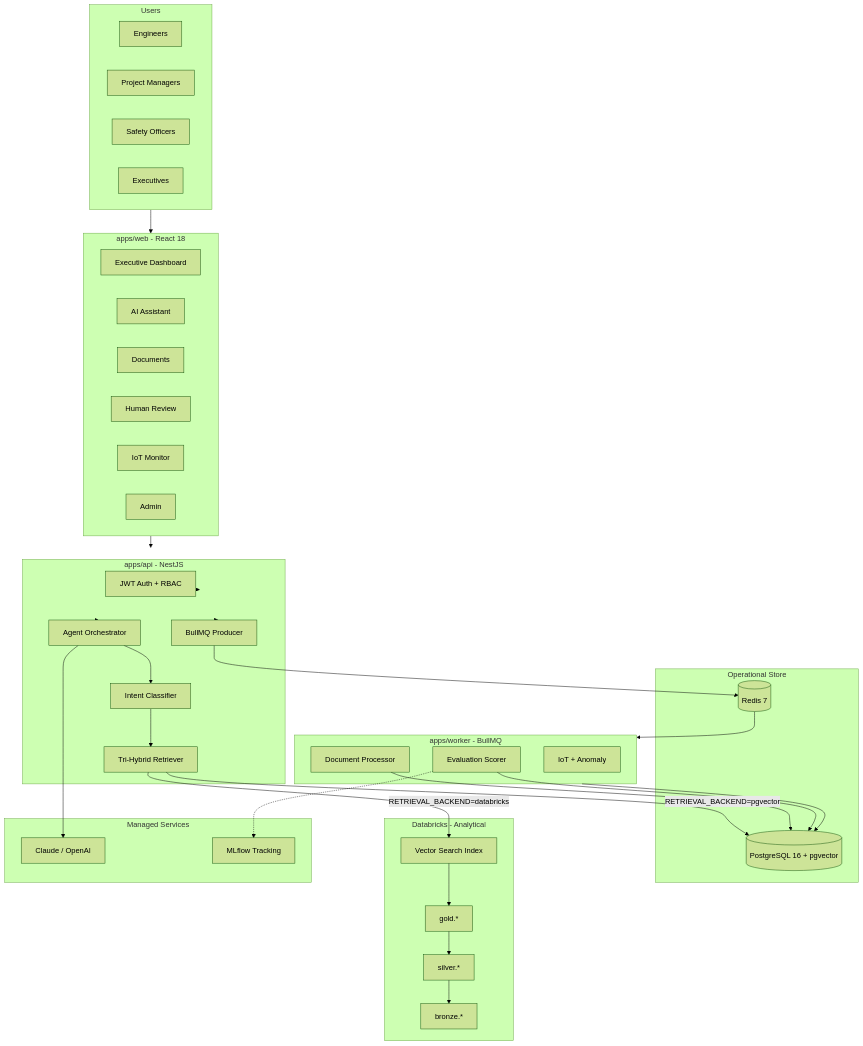
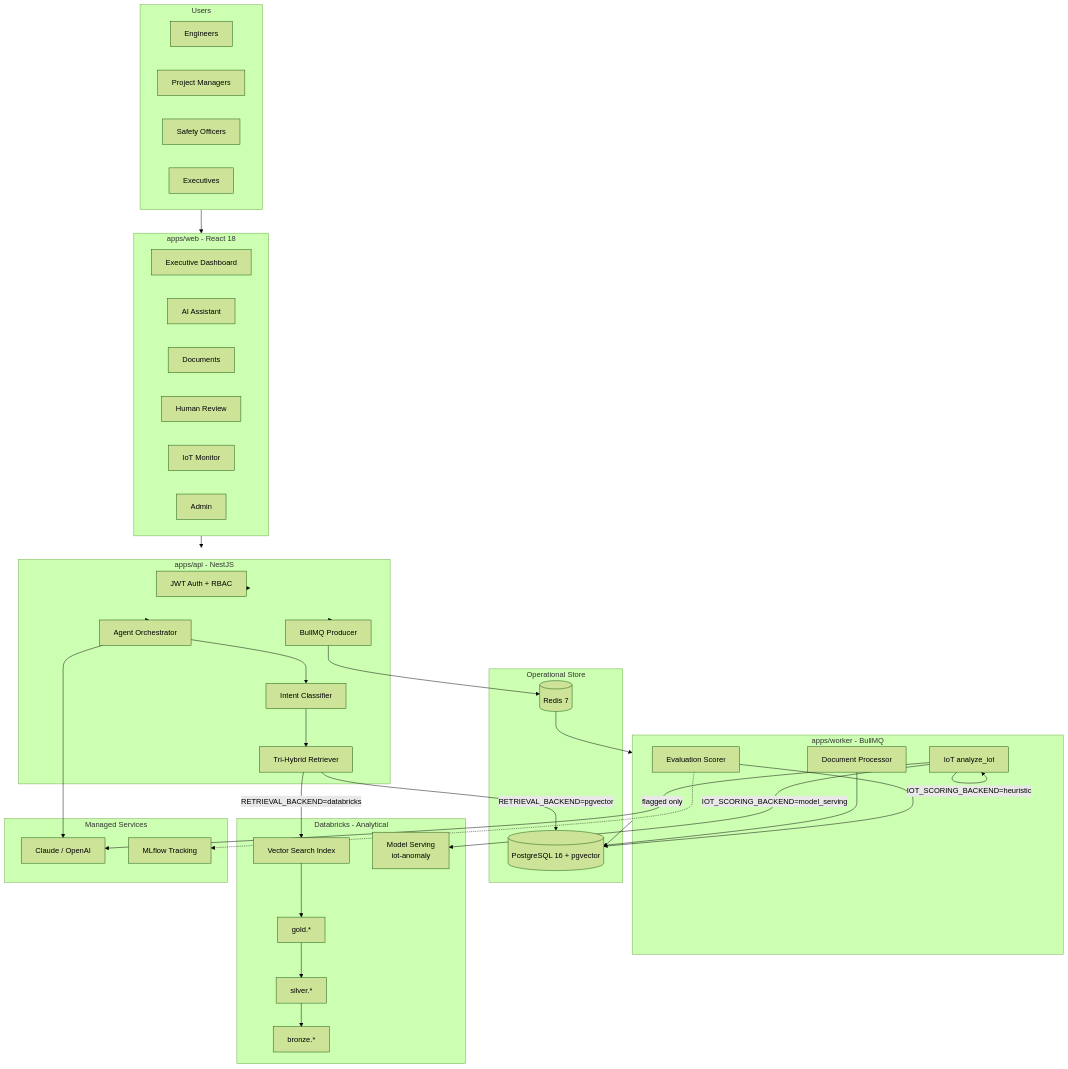
One commit to dtquocbao/InfraOps changed the first of 4 diagrams in docs/architecture.md. Above: the diagram before and after it, drawn with Mermaid (forest theme). The commit also changed other lines of this file and 52 other files, not shown here.

Commit message:
feat: implement two-step IoT anomaly scoring with model serving and LLM explanation

````diff
--- a/docs/architecture.md
+++ b/docs/architecture.md
@@ -9,67 +9,71 @@
 ```mermaid
 flowchart TB
     subgraph Users
         ENG[Engineers]
         PM[Project Managers]
         SAF[Safety Officers]
         EXEC[Executives]
     end
 
     subgraph Frontend["apps/web - React 18"]
         DASH[Executive Dashboard]
         ASST[AI Assistant]
         DOCS[Documents]
         REV[Human Review]
         IOT[IoT Monitor]
         ADM[Admin]
     end
 
     subgraph API["apps/api - NestJS"]
         AUTH[JWT Auth + RBAC]
         AGENT[Agent Orchestrator]
         INTENT[Intent Classifier]
         RET[Tri-Hybrid Retriever]
         QUEUE_PROD[BullMQ Producer]
     end
 
     subgraph Worker["apps/worker - BullMQ"]
         DOC_W[Document Processor]
-        IOT_W[IoT + Anomaly]
+        IOT_W[IoT analyze_iot]
         EVAL_W[Evaluation Scorer]
     end
 
     subgraph DataLocal["Operational Store"]
         PG[(PostgreSQL 16 + pgvector)]
         REDIS[(Redis 7)]
     end
 
     subgraph DataLake["Databricks - Analytical"]
         BRONZE[bronze.*]
         SILVER[silver.*]
         GOLD[gold.*]
         VS[Vector Search Index]
+        MS[Model Serving<br/>iot-anomaly]
     end
 
     subgraph External["Managed Services"]
         LLM[Claude / OpenAI]
         MLF[MLflow Tracking]
     end
 
     Users --> Frontend
     Frontend --> API
     API --> AUTH
     API --> AGENT
     AGENT --> INTENT
     INTENT --> RET
     RET -->|RETRIEVAL_BACKEND=pgvector| PG
     RET -->|RETRIEVAL_BACKEND=databricks| VS
     VS --> GOLD
     GOLD --> SILVER --> BRONZE
     API --> QUEUE_PROD --> REDIS
     REDIS --> Worker
     Worker --> PG
     AGENT --> LLM
     DOC_W --> PG
     EVAL_W --> PG
     EVAL_W -.-> MLF
+    IOT_W -->|IOT_SCORING_BACKEND=heuristic| IOT_W
+    IOT_W -->|IOT_SCORING_BACKEND=model_serving| MS
+    IOT_W -->|flagged only| LLM
 ```
````
